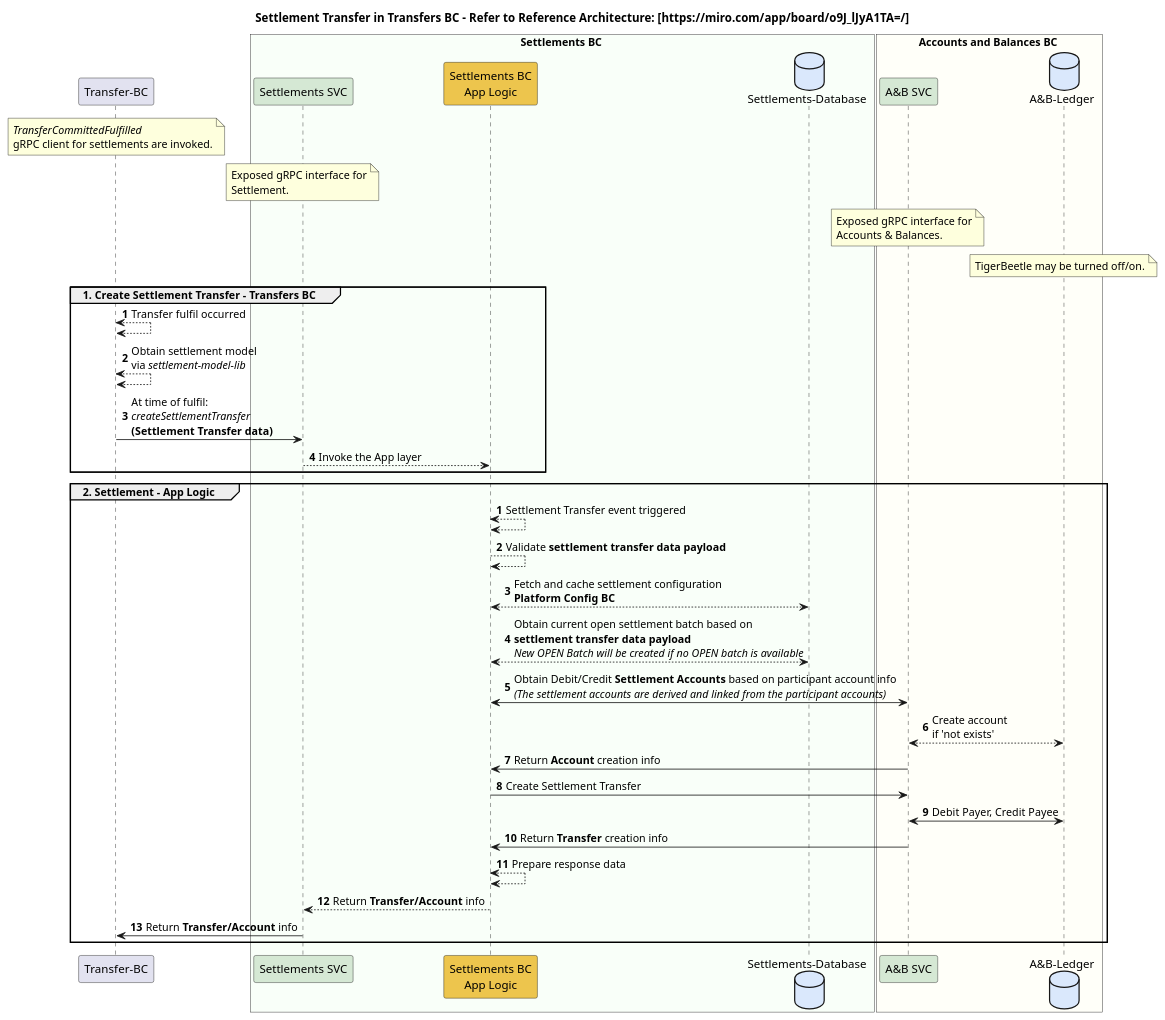
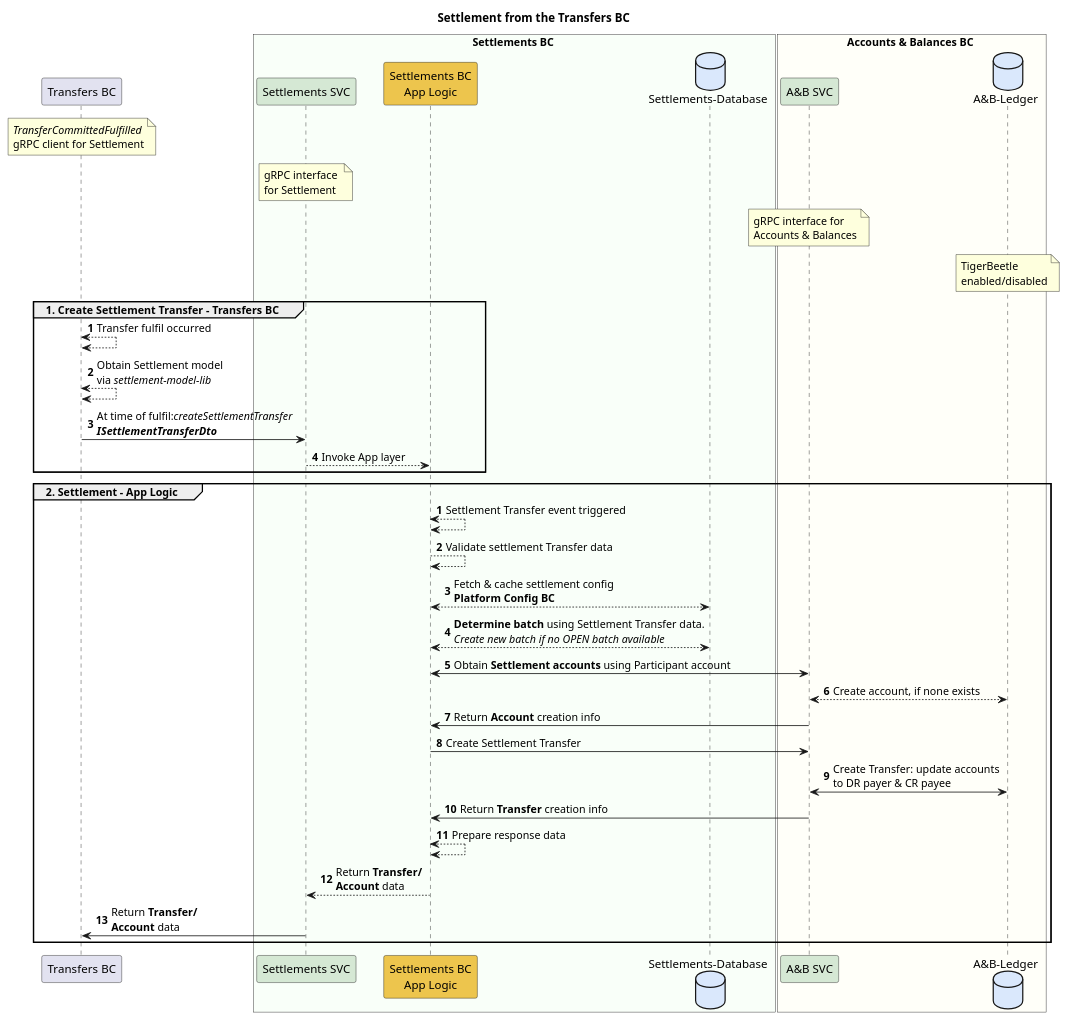
Before and after one commit to mojaloop/settlements-bc: the diagram in docs/flows/01-settlement-transfer-bc.puml, drawn with PlantUML. The commit also changed 8 other files, not shown here.

```diff
--- a/docs/flows/01-settlement-transfer-bc.puml
+++ b/docs/flows/01-settlement-transfer-bc.puml
@@ -1,58 +1,59 @@
 @startuml
 
-title Settlement Transfer in Transfers BC - Refer to Reference Architecture: [https://miro.com/app/board/o9J_lJyA1TA=/]
+title Settlement from the Transfers BC
 
-participant "Transfer-BC" as ext_transfers_bc
+participant "Transfers BC" as ext_transfers_bc
 note over ext_transfers_bc
     //TransferCommittedFulfilled//
-    gRPC client for settlements are invoked.
+    gRPC client for Settlement
 end note
 
 box Settlements BC #F9FFF9
 	participant "Settlements SVC" as sbc_grpc #D5E8D4
     note over sbc_grpc
-        Exposed gRPC interface for
-        Settlement.
+        gRPC interface 
+        for Settlement
     end note
 	participant "Settlements BC\nApp Logic" as sbc_app_logic #EDC54D
 	database "Settlements-Database" as sbc_db #DAE8FC
 end box
 
-box Accounts and Balances BC #FFFFF9
+box Accounts & Balances BC #FFFFF9
     participant "A&B SVC" as abbc_grpc #D5E8D4
     database "A&B-Ledger" as abbc_tigerbeetle #DAE8FC
     note over abbc_grpc
-        Exposed gRPC interface for
-        Accounts & Balances.
+        gRPC interface for 
+        Accounts & Balances
     end note
     note over abbc_tigerbeetle
-        TigerBeetle may be turned off/on.
+        TigerBeetle 
+        enabled/disabled
     end note
 end box
 
 group 1. Create Settlement Transfer - Transfers BC
 autonumber
     ext_transfers_bc <--> ext_transfers_bc : Transfer fulfil occurred
-    ext_transfers_bc <--> ext_transfers_bc : Obtain settlement model\nvia //settlement-model-lib//
-    ext_transfers_bc -> sbc_grpc : At time of fulfil:\n//createSettlementTransfer// \n**(Settlement Transfer data)**
-    sbc_grpc --> sbc_app_logic : Invoke the App layer
+    ext_transfers_bc <--> ext_transfers_bc : Obtain Settlement model\nvia //settlement-model-lib//
+    ext_transfers_bc -> sbc_grpc : At time of fulfil://createSettlementTransfer//\n**//ISettlementTransferDto//**
+    sbc_grpc --> sbc_app_logic : Invoke App layer
 end
 
 group 2. Settlement - App Logic
 autonumber
     sbc_app_logic <--> sbc_app_logic: Settlement Transfer event triggered
-    sbc_app_logic --> sbc_app_logic : Validate **settlement transfer data payload**
-    sbc_app_logic <--> sbc_db : Fetch and cache settlement configuration\n**Platform Config BC**
-    sbc_app_logic <--> sbc_db : Obtain current open settlement batch based on \n**settlement transfer data payload**\n//New OPEN Batch will be created if no OPEN batch is available//
-    sbc_app_logic <-> abbc_grpc : Obtain Debit/Credit **Settlement Accounts** based on participant account info\n//(The settlement accounts are derived and linked from the participant accounts)//
-    abbc_grpc <--> abbc_tigerbeetle : Create account \nif 'not exists'
+    sbc_app_logic --> sbc_app_logic : Validate settlement Transfer data
+    sbc_app_logic <--> sbc_db : Fetch & cache settlement config\n**Platform Config BC**
+    sbc_app_logic <--> sbc_db : **Determine batch** using Settlement Transfer data.\n//Create new batch if no OPEN batch available//
+    sbc_app_logic <-> abbc_grpc : Obtain **Settlement accounts** using Participant account
+    abbc_grpc <--> abbc_tigerbeetle : Create account, if none exists
     abbc_grpc -> sbc_app_logic : Return **Account** creation info
     sbc_app_logic -> abbc_grpc: Create Settlement Transfer
-    abbc_grpc <-> abbc_tigerbeetle: Debit Payer, Credit Payee
+    abbc_grpc <-> abbc_tigerbeetle: Create Transfer: update accounts \nto DR payer & CR payee
     abbc_grpc -> sbc_app_logic : Return **Transfer** creation info
     sbc_app_logic <--> sbc_app_logic: Prepare response data
-    sbc_app_logic --> sbc_grpc: Return **Transfer/Account** info
-    sbc_grpc -> ext_transfers_bc: Return **Transfer/Account** info
+    sbc_app_logic --> sbc_grpc: Return **Transfer/** \n**Account** data
+    sbc_grpc -> ext_transfers_bc: Return **Transfer/** \n**Account** data
 end
 
 @enduml
```
